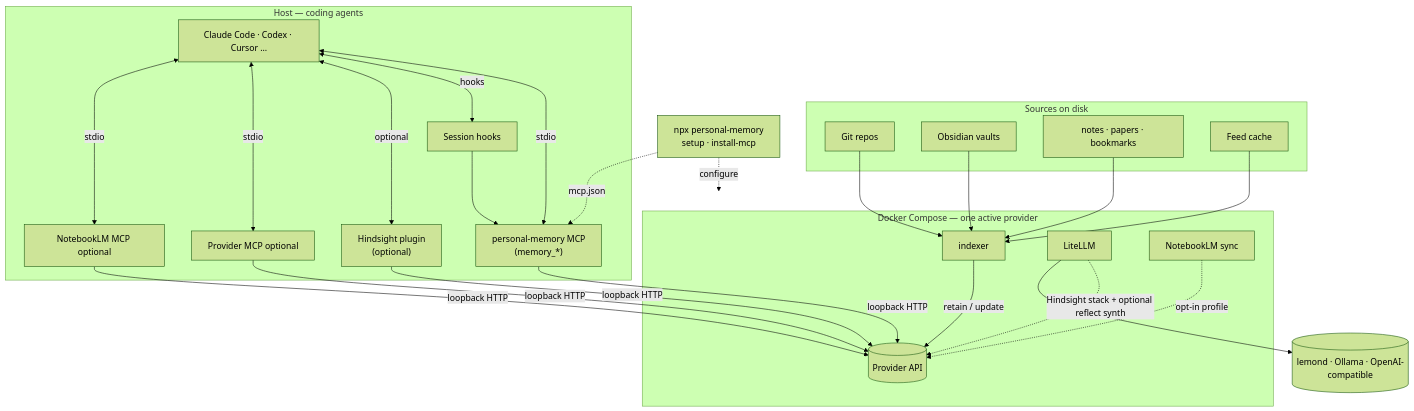
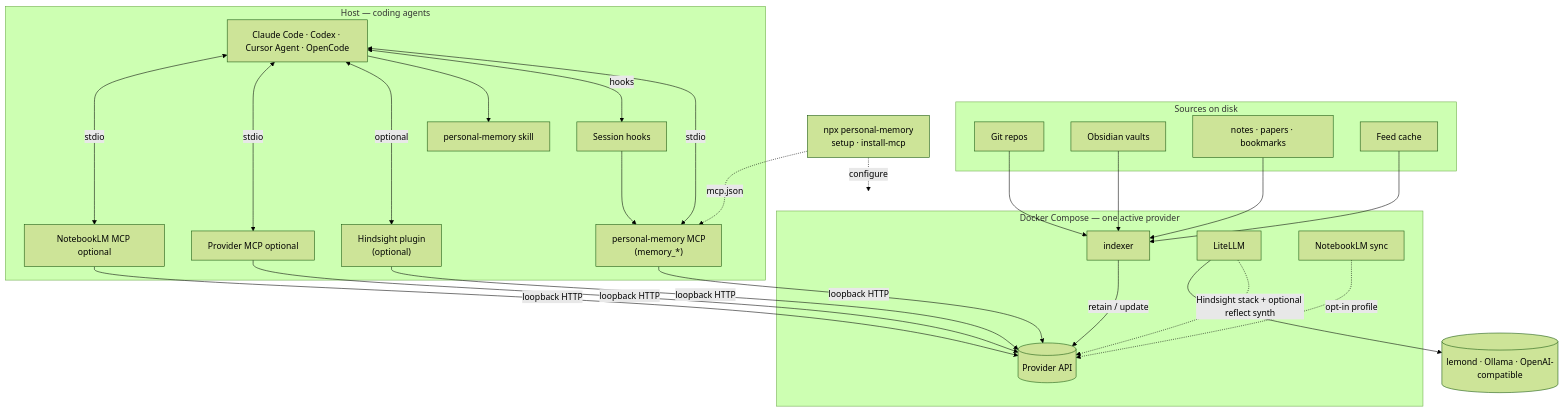
Before and after one commit to bcmyguest/openmem: the diagram in README.md, drawn with Mermaid (forest theme). The commit also changed other lines of this file and 39 other files, not shown here.

First line of the commit message:
wip: personal-memory coding-agent revamp checkpoint

````diff
--- a/README.md
+++ b/README.md
@@ -43,48 +43,50 @@
 ```mermaid
 flowchart TB
   subgraph disk["Sources on disk"]
     GIT[Git repos]
     OBS[Obsidian vaults]
     MD[notes · papers · bookmarks]
     FEED[Feed cache]
   end
 
   subgraph compose["Docker Compose — one active provider"]
     IDX[indexer]
     PROV[(Provider API)]
     IDX -->|retain / update| PROV
     LIT[LiteLLM]
     NLM[NotebookLM sync]
     LIT -.->|Hindsight stack + optional reflect synth| PROV
     NLM -.->|opt-in profile| PROV
   end
 
   LIT --> LLM[(lemond · Ollama · OpenAI-compatible)]
 
   subgraph host["Host — coding agents"]
-    AG[Claude Code · Codex · Cursor …]
+    AG[Claude Code · Codex · Cursor Agent · OpenCode]
     UMCP["personal-memory MCP\n(memory_*)"]
     SHIM["Session hooks"]
     PLG["Hindsight plugin\n(optional)"]
+    SKILL["personal-memory skill"]
     PMCP[Provider MCP optional]
     NLMCP[NotebookLM MCP optional]
   end
 
   GIT --> IDX
   OBS --> IDX
   MD --> IDX
   FEED --> IDX
   AG <-->|stdio| UMCP
   AG <-->|hooks| SHIM
+  AG --> SKILL
   AG <-->|optional| PLG
   SHIM --> UMCP
   AG <-->|stdio| PMCP
   AG <-->|stdio| NLMCP
   UMCP -->|loopback HTTP| PROV
   PLG -->|loopback HTTP| PROV
   PMCP -->|loopback HTTP| PROV
   NLMCP -->|loopback HTTP| PROV
 
   W["npx personal-memory\nsetup · install-mcp"] -.->|configure| compose
   W -.->|mcp.json| UMCP
 ```
````
